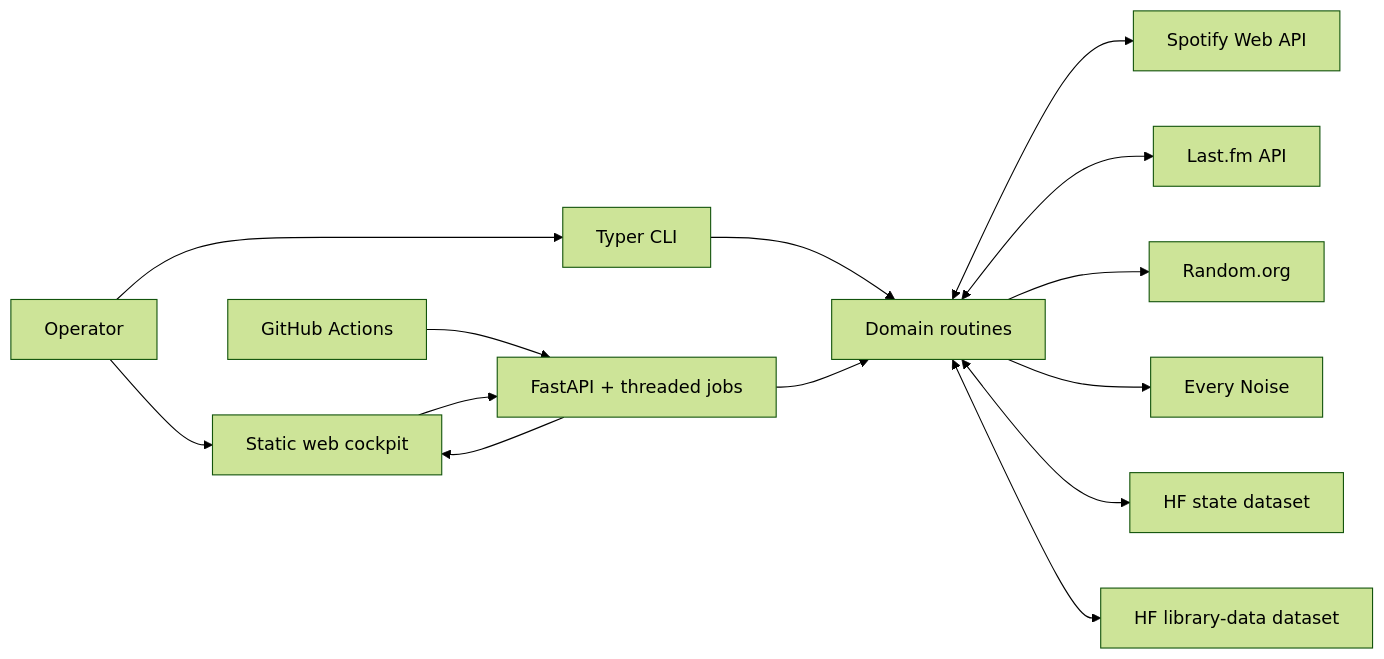
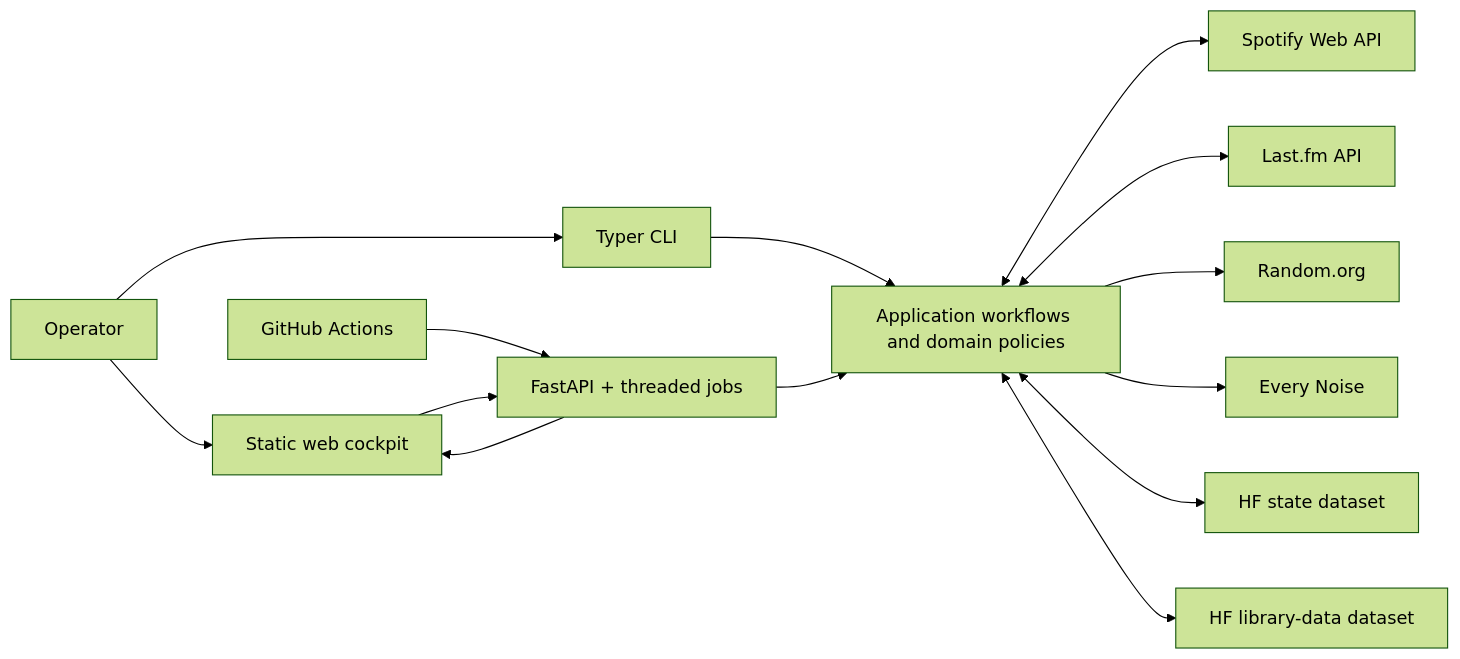
Before and after one commit to cyborg-nomade/spotify-manager: the diagram in docs/ARCHITECTURE_SPEC.md, drawn with Mermaid (forest theme). The commit also changed other lines of this file and 241 other files, not shown here.

````diff
--- a/docs/ARCHITECTURE_SPEC.md
+++ b/docs/ARCHITECTURE_SPEC.md
@@ -24,16 +24,16 @@
 ```mermaid
 flowchart LR
     U[Operator] --> CLI[Typer CLI]
     U --> WEB[Static web cockpit]
     WEB --> API[FastAPI + threaded jobs]
-    CLI --> R[Domain routines]
+    CLI --> R[Application workflows and domain policies]
     API --> R
     R <--> SP[Spotify Web API]
     R <--> LF[Last.fm API]
     R --> RO[Random.org]
     R --> EN[Every Noise]
     R <--> STATE[HF state dataset]
     R <--> DATA[HF library-data dataset]
     GA[GitHub Actions] --> API
     API --> WEB
 ```
````
